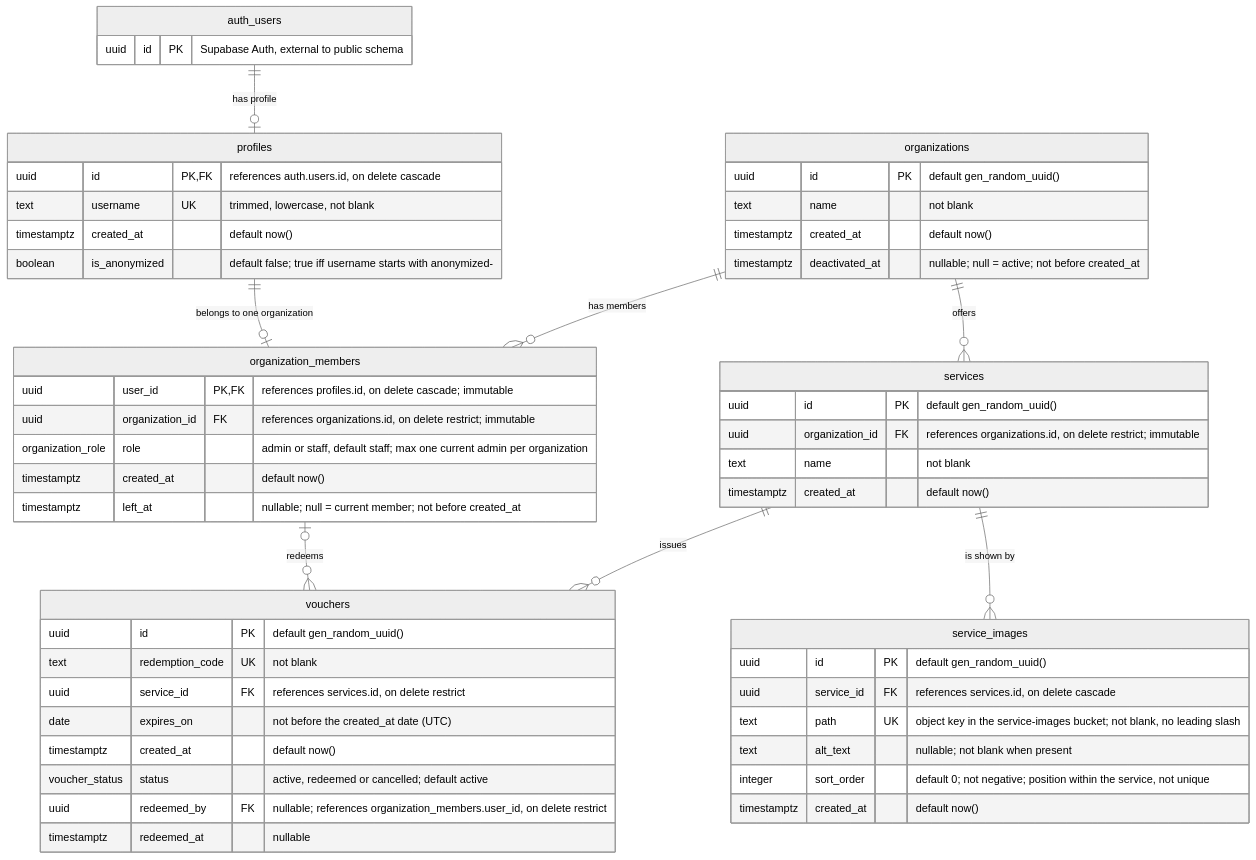
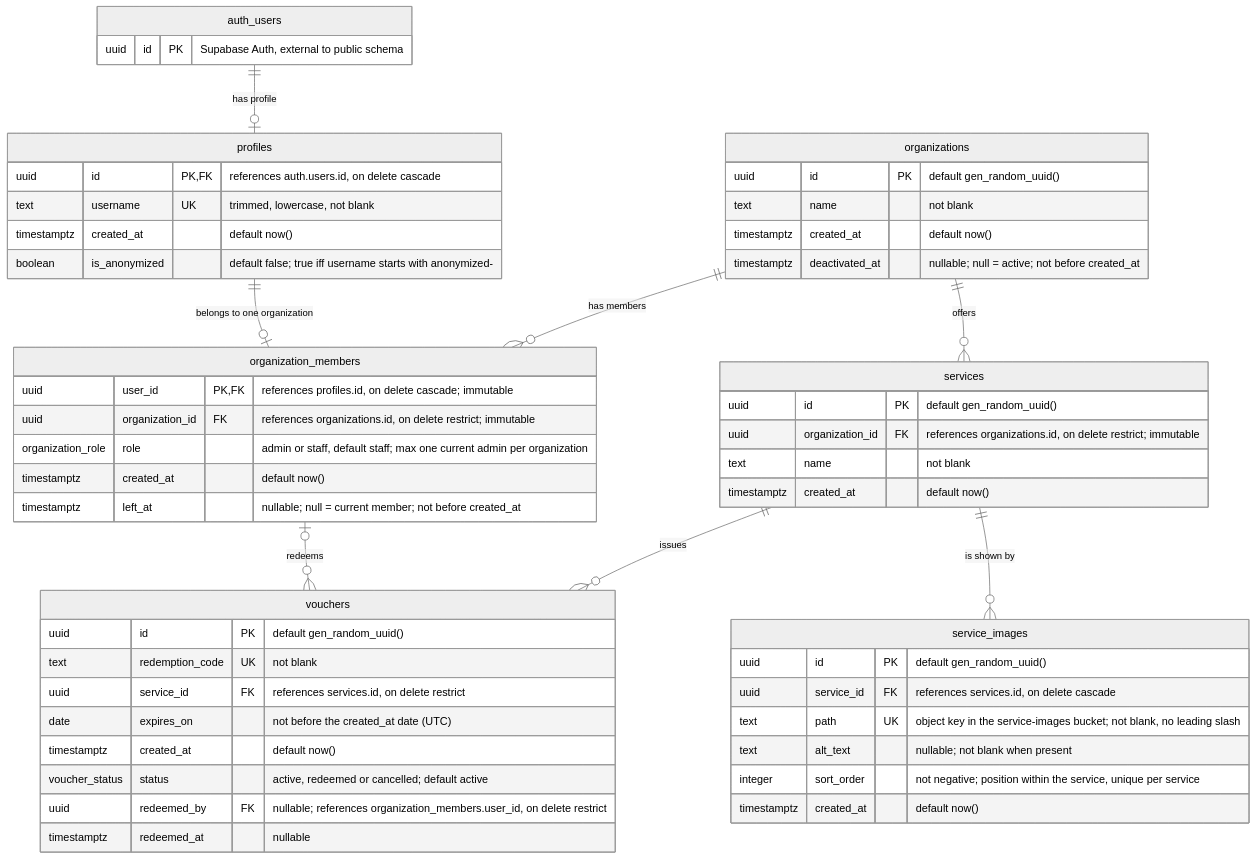
The diagram in docs/ERD.md (AchoDanailov/PartnersHub), drawn with Mermaid (neutral theme) before and after one commit. The commit also changed 11 other files, not shown here.

First line of the commit message:
Make service image order unique and trim the image docs (#8)

````diff
--- a/docs/ERD.md
+++ b/docs/ERD.md
@@ -9,63 +9,63 @@
 ```mermaid
 erDiagram
     auth_users ||--o| profiles : "has profile"
     profiles ||--o| organization_members : "belongs to one organization"
     organizations ||--o{ organization_members : "has members"
     organizations ||--o{ services : "offers"
     services ||--o{ vouchers : "issues"
     services ||--o{ service_images : "is shown by"
     organization_members |o--o{ vouchers : "redeems"
 
     auth_users {
         uuid id PK "Supabase Auth, external to public schema"
     }
 
     profiles {
         uuid id PK, FK "references auth.users.id, on delete cascade"
         text username UK "trimmed, lowercase, not blank"
         timestamptz created_at "default now()"
         boolean is_anonymized "default false; true iff username starts with anonymized-"
     }
 
     organizations {
         uuid id PK "default gen_random_uuid()"
         text name "not blank"
         timestamptz created_at "default now()"
         timestamptz deactivated_at "nullable; null = active; not before created_at"
     }
 
     organization_members {
         uuid user_id PK, FK "references profiles.id, on delete cascade; immutable"
         uuid organization_id FK "references organizations.id, on delete restrict; immutable"
         organization_role role "admin or staff, default staff; max one current admin per organization"
         timestamptz created_at "default now()"
         timestamptz left_at "nullable; null = current member; not before created_at"
     }
 
     services {
         uuid id PK "default gen_random_uuid()"
         uuid organization_id FK "references organizations.id, on delete restrict; immutable"
         text name "not blank"
         timestamptz created_at "default now()"
     }
 
     vouchers {
         uuid id PK "default gen_random_uuid()"
         text redemption_code UK "not blank"
         uuid service_id FK "references services.id, on delete restrict"
         date expires_on "not before the created_at date (UTC)"
         timestamptz created_at "default now()"
         voucher_status status "active, redeemed or cancelled; default active"
         uuid redeemed_by FK "nullable; references organization_members.user_id, on delete restrict"
         timestamptz redeemed_at "nullable"
     }
 
     service_images {
         uuid id PK "default gen_random_uuid()"
         uuid service_id FK "references services.id, on delete cascade"
         text path UK "object key in the service-images bucket; not blank, no leading slash"
         text alt_text "nullable; not blank when present"
-        integer sort_order "default 0; not negative; position within the service, not unique"
+        integer sort_order "not negative; position within the service, unique per service"
         timestamptz created_at "default now()"
     }
 ```
````
